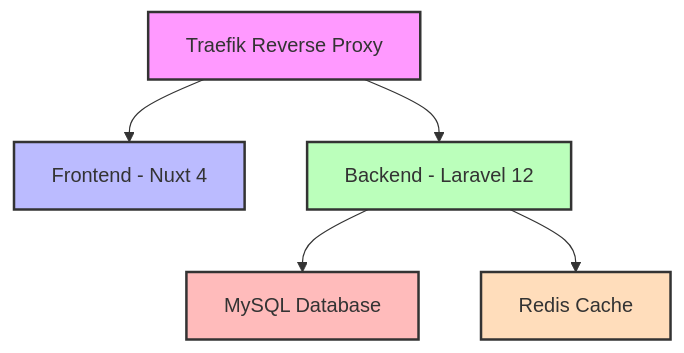
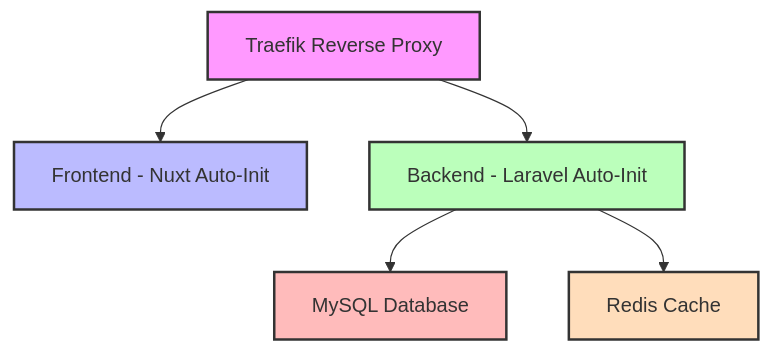
Before and after one commit to sliva-name/arhitect: the diagram in AGENTS.md, drawn with Mermaid. The commit also changed other lines of this file and 45 other files, not shown here.

````diff
--- a/AGENTS.md
+++ b/AGENTS.md
@@ -37,13 +47,13 @@
 ```mermaid
 graph TD
-    A[Traefik Reverse Proxy] --> B[Frontend - Nuxt 4]
-    A --> C[Backend - Laravel 12]
+    A[Traefik Reverse Proxy] --> B[Frontend - Nuxt Auto-Init]
+    A --> C[Backend - Laravel Auto-Init]
     C --> D[MySQL Database]
     C --> E[Redis Cache]
     
     style A fill:#f9f,stroke:#333,stroke-width:2px
     style B fill:#bbf,stroke:#333,stroke-width:2px
     style C fill:#bfb,stroke:#333,stroke-width:2px
     style D fill:#fbb,stroke:#333,stroke-width:2px
     style E fill:#fdb,stroke:#333,stroke-width:2px
 ```
````
